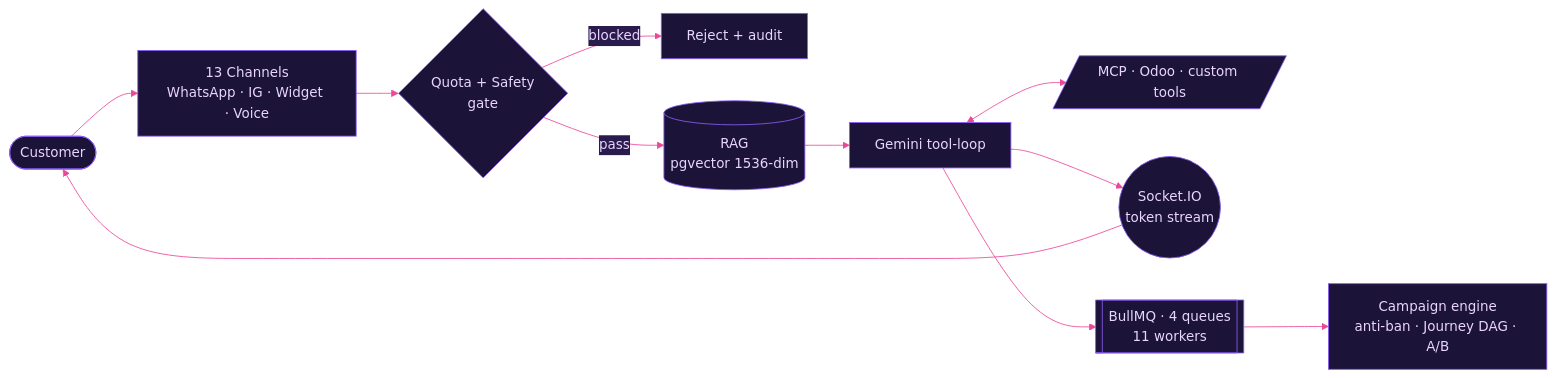
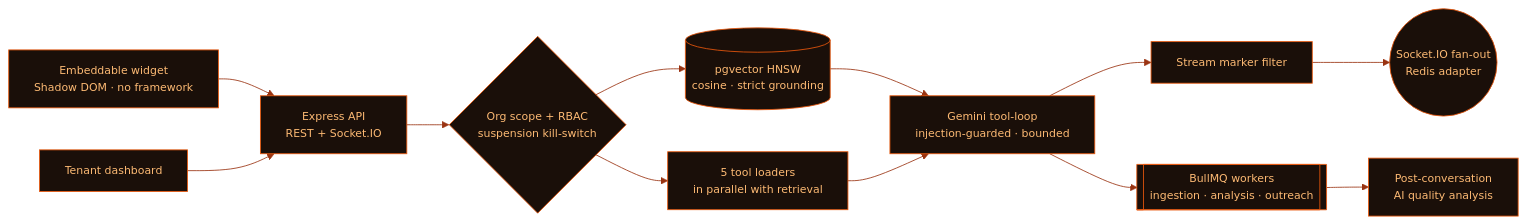
The first of 3 diagrams in README.md (FlamuxDev/FlamuxDev), drawn with Mermaid before and after one commit. The commit also changed other lines of this file and 10 other files, not shown here.

````diff
--- a/README.md
+++ b/README.md
@@ -142,14 +56,15 @@
 ```mermaid
-%%{init: {'theme':'base','themeVariables':{'primaryColor':'#1B1338','primaryTextColor':'#E9D5FF','primaryBorderColor':'#8B5CF6','lineColor':'#EC4899','secondaryColor':'#2A1B4D','tertiaryColor':'#0F0C29','fontFamily':'monospace'}}}%%
+%%{init: {'theme':'base','themeVariables':{'primaryColor':'#1A0F09','primaryTextColor':'#FDBA74','primaryBorderColor':'#EA580C','lineColor':'#9A3412','secondaryColor':'#231309','tertiaryColor':'#0A0A0B','fontFamily':'ui-monospace, monospace','fontSize':'13px'}}}%%
 flowchart LR
-    U([Customer]) --> CH[13 Channels<br/>WhatsApp · IG · Widget · Voice]
-    CH --> GATE{Quota + Safety<br/>gate}
-    GATE -- blocked --> DROP[Reject + audit]
-    GATE -- pass --> RAG[(RAG<br/>pgvector 1536-dim)]
-    RAG --> LOOP[Gemini tool-loop]
-    LOOP <--> MCP[/MCP · Odoo · custom tools/]
-    LOOP --> STREAM((Socket.IO<br/>token stream))
-    STREAM --> U
-    LOOP --> Q[[BullMQ · 4 queues<br/>11 workers]]
-    Q --> CAMP[Campaign engine<br/>anti-ban · Journey DAG · A/B]
+    W[Embeddable widget<br/>Shadow DOM · no framework] --> API[Express API<br/>REST + Socket.IO]
+    D[Tenant dashboard] --> API
+    API --> ORG{Org scope + RBAC<br/>suspension kill-switch}
+    ORG --> RAG[(pgvector HNSW<br/>cosine · strict grounding)]
+    ORG --> TL[5 tool loaders<br/>in parallel with retrieval]
+    RAG --> LOOP[Gemini tool-loop<br/>injection-guarded · bounded]
+    TL --> LOOP
+    LOOP --> FLT[Stream marker filter]
+    FLT --> IO((Socket.IO fan-out<br/>Redis adapter))
+    LOOP --> Q[[BullMQ workers<br/>ingestion · analysis · outreach]]
+    Q --> QA[Post-conversation<br/>AI quality analysis]
 ```
````
